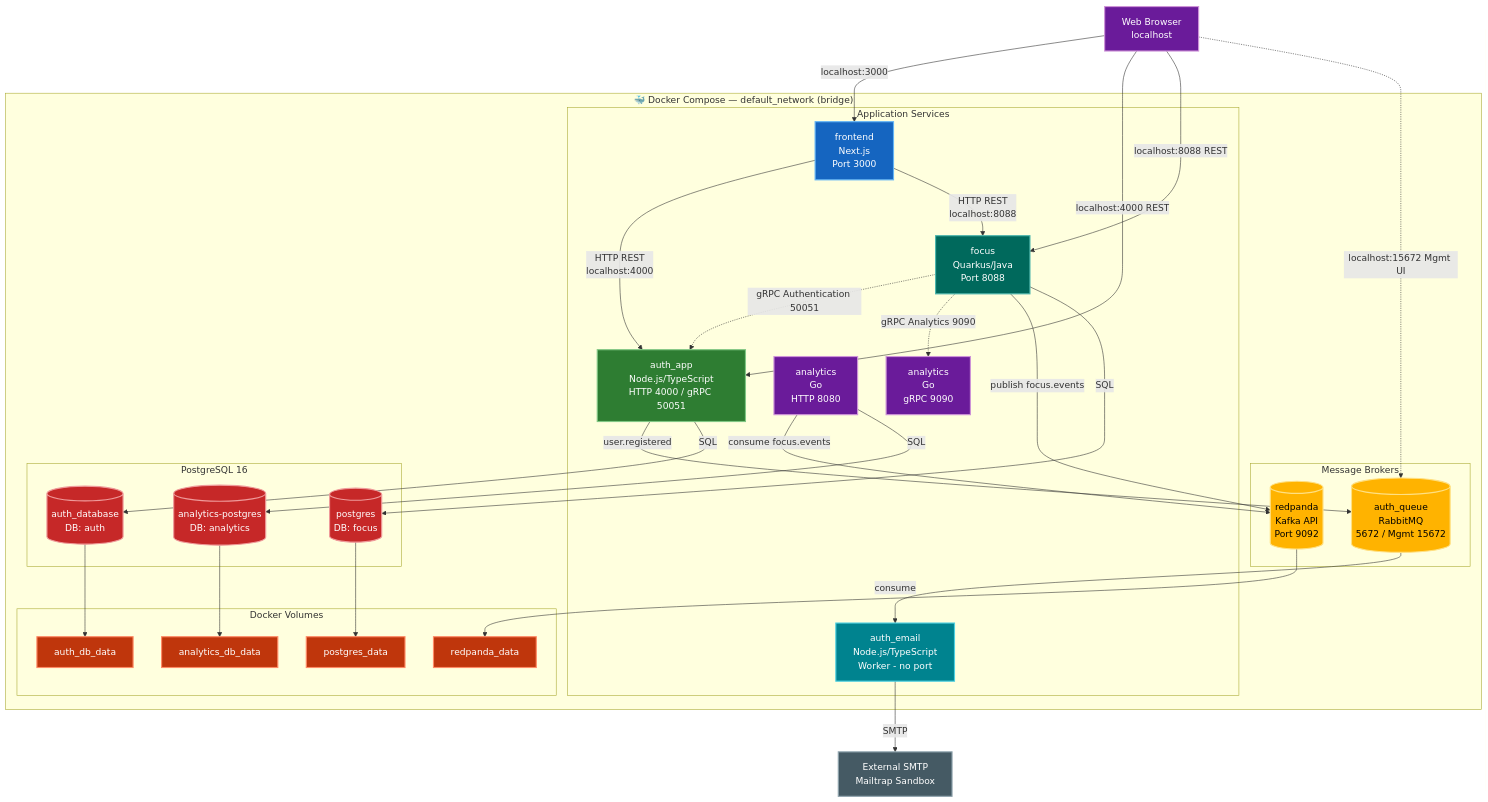
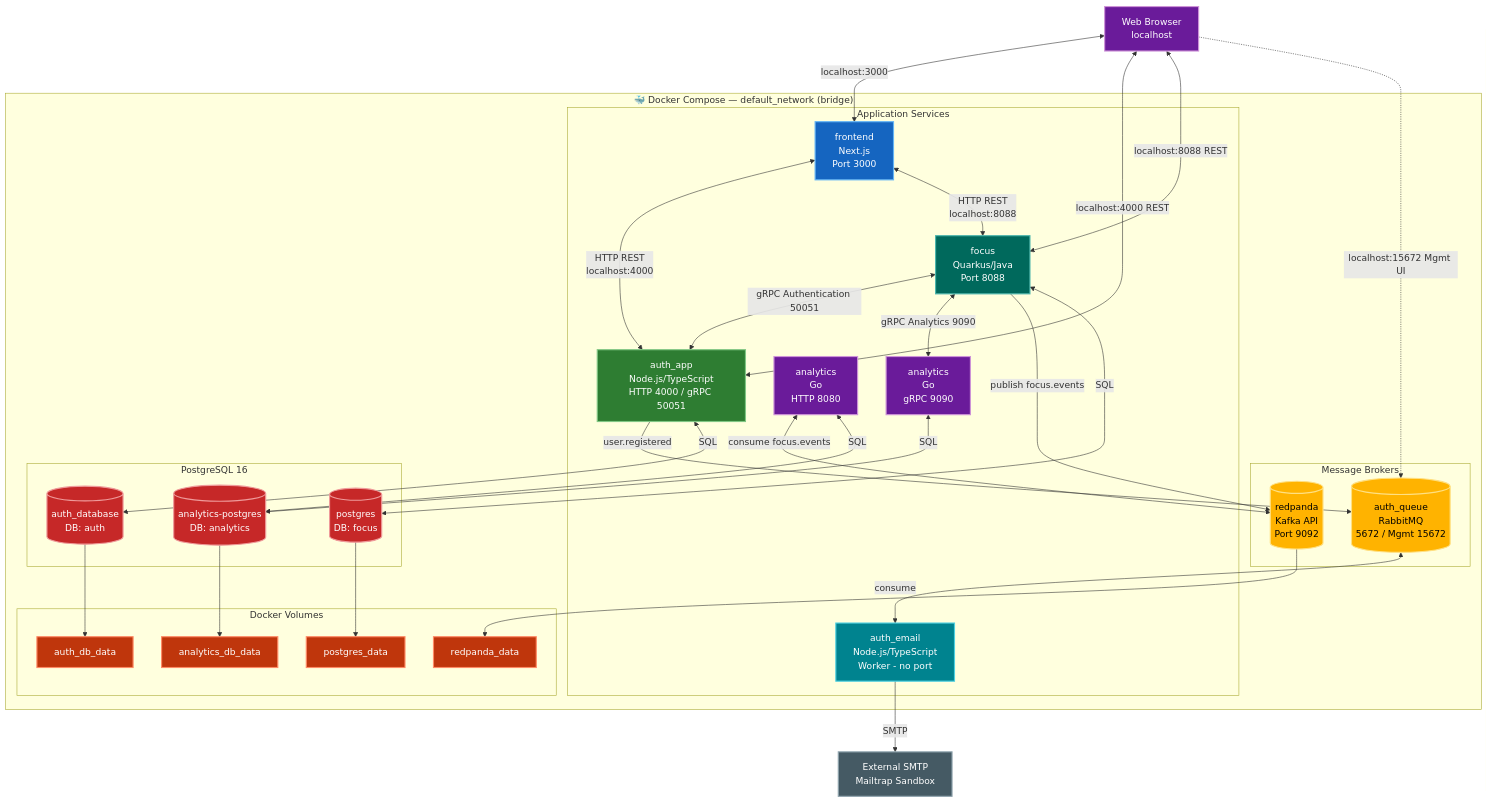
One commit to CloudNativeDevelopmentTeamH/infra changed the second of 2 diagrams in architecture.md. Above: the diagram before and after it, drawn with Mermaid. The commit also changed other lines of this file, not shown here.

Commit message:
fix: update architecture diagram to use bidirectional arrows for service communication

```diff
--- a/architecture.md
+++ b/architecture.md
@@ -166,32 +167,33 @@
     ExternalSMTP[External SMTP<br/>Mailtrap Sandbox]
 
     %% Browser as direct entry point to services
-    Browser -->|localhost:3000| LocalFrontend
-    Browser -->|localhost:4000 REST| LocalAuth
-    Browser -->|localhost:8088 REST| LocalFocus
+    Browser <--> |localhost:3000| LocalFrontend
+    Browser <--> |localhost:4000 REST| LocalAuth
+    Browser <--> |localhost:8088 REST| LocalFocus
     Browser -.->|localhost:15672 Mgmt UI| LocalRabbitMQ
 
     %% Frontend-to-Backend API calls (direct localhost)
-    LocalFrontend -->|HTTP REST<br/>localhost:4000| LocalAuth
-    LocalFrontend -->|HTTP REST<br/>localhost:8088| LocalFocus
+    LocalFrontend <--> |HTTP REST<br/>localhost:4000| LocalAuth
+    LocalFrontend <--> |HTTP REST<br/>localhost:8088| LocalFocus
 
     %% Service-to-service communication (gRPC)
-    LocalFocus -.->|gRPC Authentication 50051| LocalAuth
-    LocalFocus -.->|gRPC Analytics 9090| LocalAnalyticsGRPC
+    LocalFocus <--> |gRPC Authentication 50051| LocalAuth
+    LocalFocus <--> |gRPC Analytics 9090| LocalAnalyticsGRPC
 
     %% Async Communication (RabbitMQ)
     LocalAuth -->|user.registered| LocalRabbitMQ
-    LocalRabbitMQ -->|consume| LocalEmail
+    LocalRabbitMQ <--> |consume| LocalEmail
     LocalEmail -->|SMTP| ExternalSMTP
 
     %% Async Communication (Kafka / Redpanda)
     LocalFocus -->|publish focus.events| LocalRedpanda
-    LocalAnalyticsHTTP -->|consume focus.events| LocalRedpanda
+    LocalAnalyticsHTTP <--> |consume focus.events| LocalRedpanda
 
     %% Database connections
-    LocalAuth -->|SQL| LocalAuthDB
-    LocalFocus -->|SQL| LocalFocusDB
-    LocalAnalyticsHTTP -->|SQL| LocalAnalyticsDB
+    LocalAuth <--> |SQL| LocalAuthDB
+    LocalFocus <--> |SQL| LocalFocusDB
+    LocalAnalyticsHTTP <--> |SQL| LocalAnalyticsDB
+    LocalAnalyticsGRPC <--> |SQL| LocalAnalyticsDB
 
     %% Storage (RabbitMQ is ephemeral - no volume)
     LocalAuthDB --> AuthData
```
